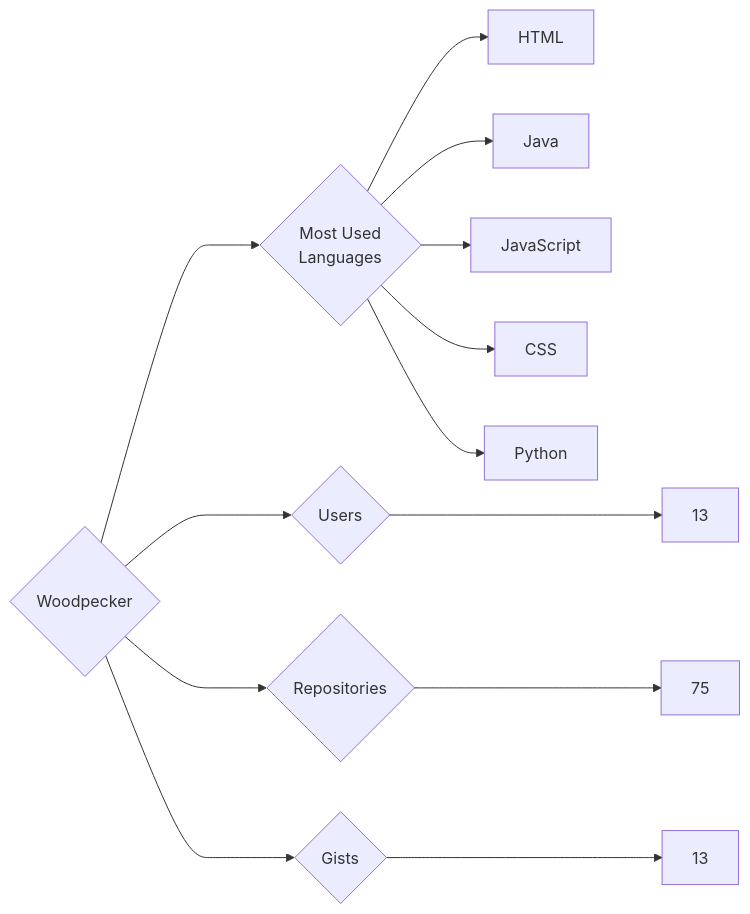
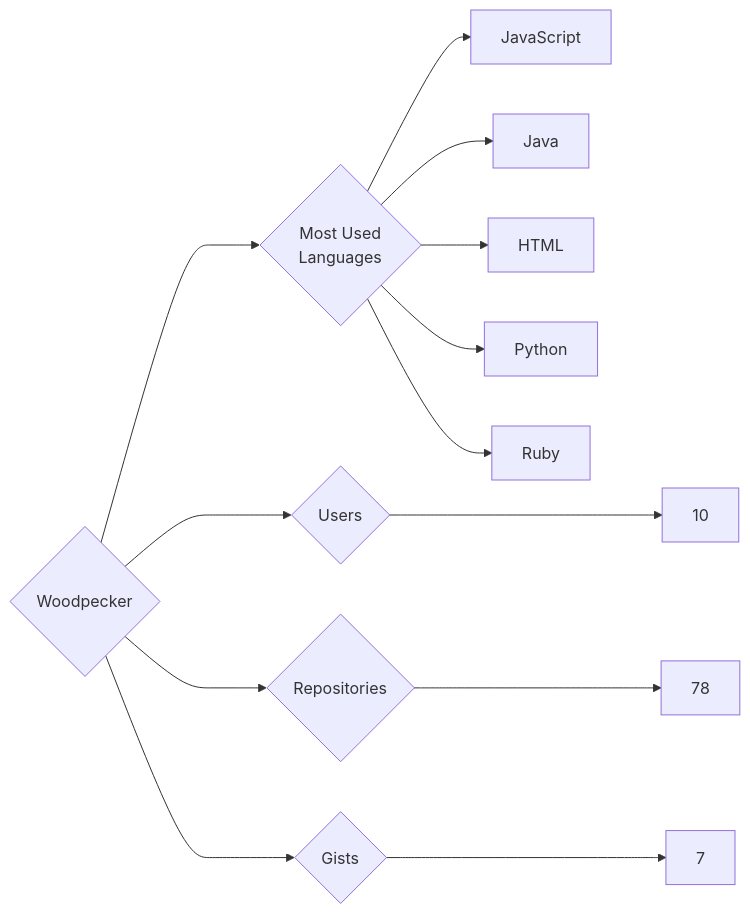
The diagram in targets/Woodpecker/README.md (trickest/insiders), drawn with Mermaid before and after one commit. The commit also changed 955 other files, not shown here.

````diff
--- a/targets/Woodpecker/README.md
+++ b/targets/Woodpecker/README.md
@@ -3,13 +3,13 @@
 ```mermaid
 graph LR
 COMPANY_NAME{Woodpecker}
-COMPANY_NAME ---> U{Users} ---> UN[13]
-COMPANY_NAME ---> R{Repositories} ---> RN[75]
-COMPANY_NAME ---> G{Gists} ---> GN[13]
+COMPANY_NAME ---> U{Users} ---> UN[10]
+COMPANY_NAME ---> R{Repositories} ---> RN[78]
+COMPANY_NAME ---> G{Gists} ---> GN[7]
 COMPANY_NAME ---> ML{Most Used<br>Languages}
+ML --> JavaScript[JavaScript]
+ML --> Java[Java]
 ML --> HTML[HTML]
-ML --> Java[Java]
-ML --> JavaScript[JavaScript]
-ML --> CSS[CSS]
 ML --> Python[Python]
+ML --> Ruby[Ruby]
 ```
````
